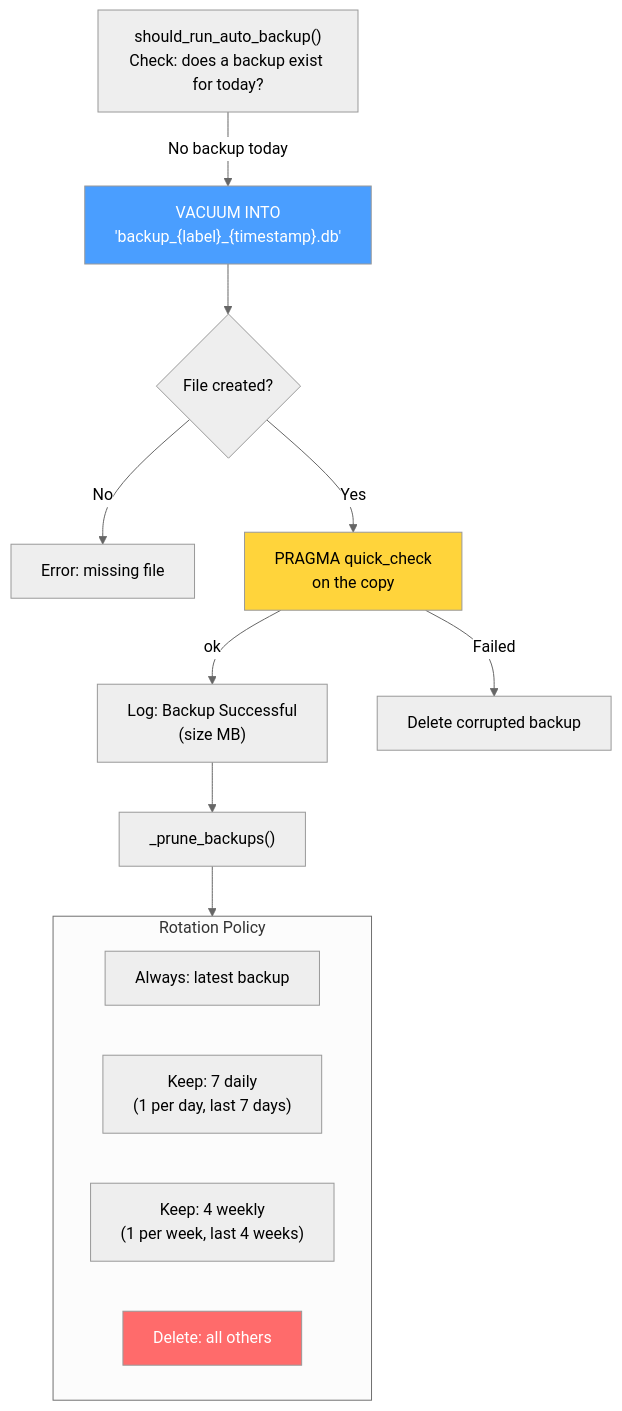
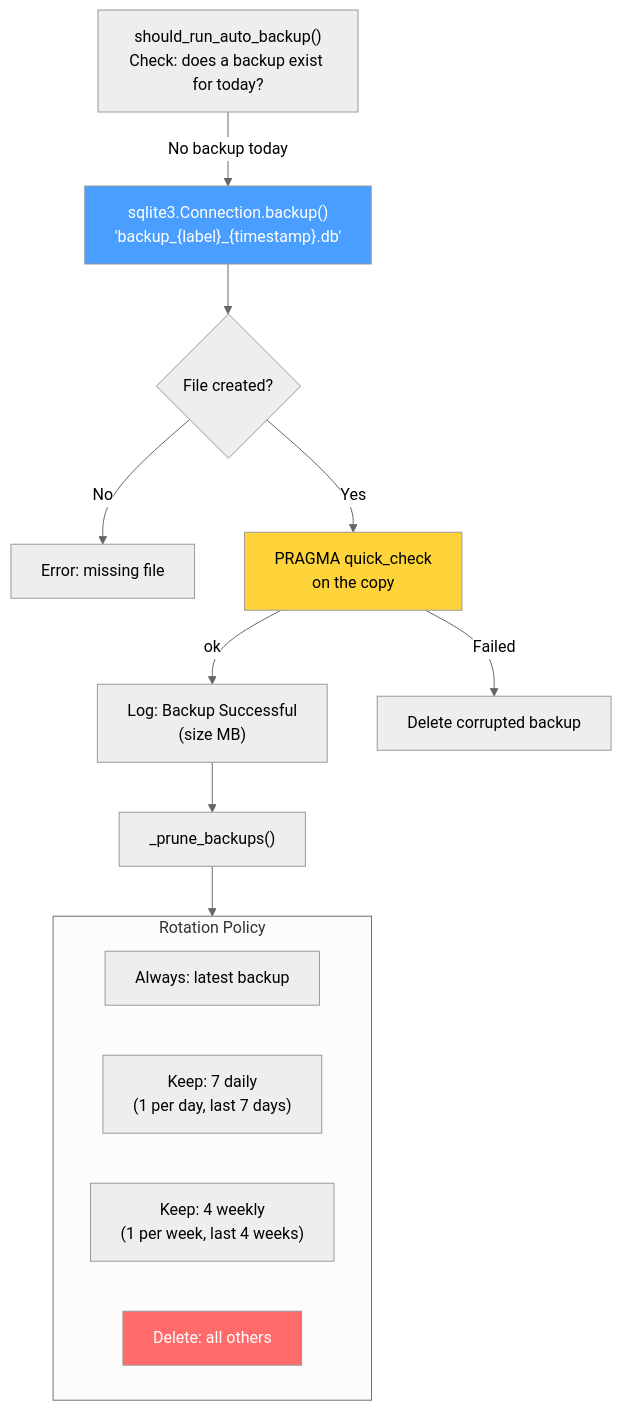
Before and after one commit to renanaugustomacena-ux/Counter-Strike-coach-AI: diagram 40 of 48 in docs/books/Book-Coach-2-en.md, drawn with Mermaid (neutral theme). The commit also changed other lines of this file and 29 other files, not shown here.

````diff
--- a/docs/books/Book-Coach-2-en.md
+++ b/docs/books/Book-Coach-2-en.md
@@ -2037,22 +2099,22 @@
 ```mermaid
 flowchart TB
     TRIGGER["should_run_auto_backup()<br/>Check: does a backup exist for today?"]
-    TRIGGER -->|"No backup today"| VACUUM["VACUUM INTO<br/>'backup_{label}_{timestamp}.db'"]
-    VACUUM --> EXISTS{"File created?"}
+    TRIGGER -->|"No backup today"| BACKUP["sqlite3.Connection.backup()<br/>'backup_{label}_{timestamp}.db'"]
+    BACKUP --> EXISTS{"File created?"}
     EXISTS -->|"No"| FAIL["Error: missing file"]
     EXISTS -->|"Yes"| INTEG["PRAGMA quick_check<br/>on the copy"]
     INTEG -->|"ok"| LOG["Log: Backup Successful<br/>(size MB)"]
     INTEG -->|"Failed"| DEL["Delete corrupted backup"]
     LOG --> PRUNE["_prune_backups()"]
     subgraph RETENTION["Rotation Policy"]
         KEEP1["Always: latest backup"]
         KEEP2["Keep: 7 daily<br/>(1 per day, last 7 days)"]
         KEEP3["Keep: 4 weekly<br/>(1 per week, last 4 weeks)"]
         PRUNE_OLD["Delete: all others"]
     end
     PRUNE --> RETENTION
 
-    style VACUUM fill:#4a9eff,color:#fff
+    style BACKUP fill:#4a9eff,color:#fff
     style INTEG fill:#ffd43b,color:#000
     style PRUNE_OLD fill:#ff6b6b,color:#fff
 ```
````
